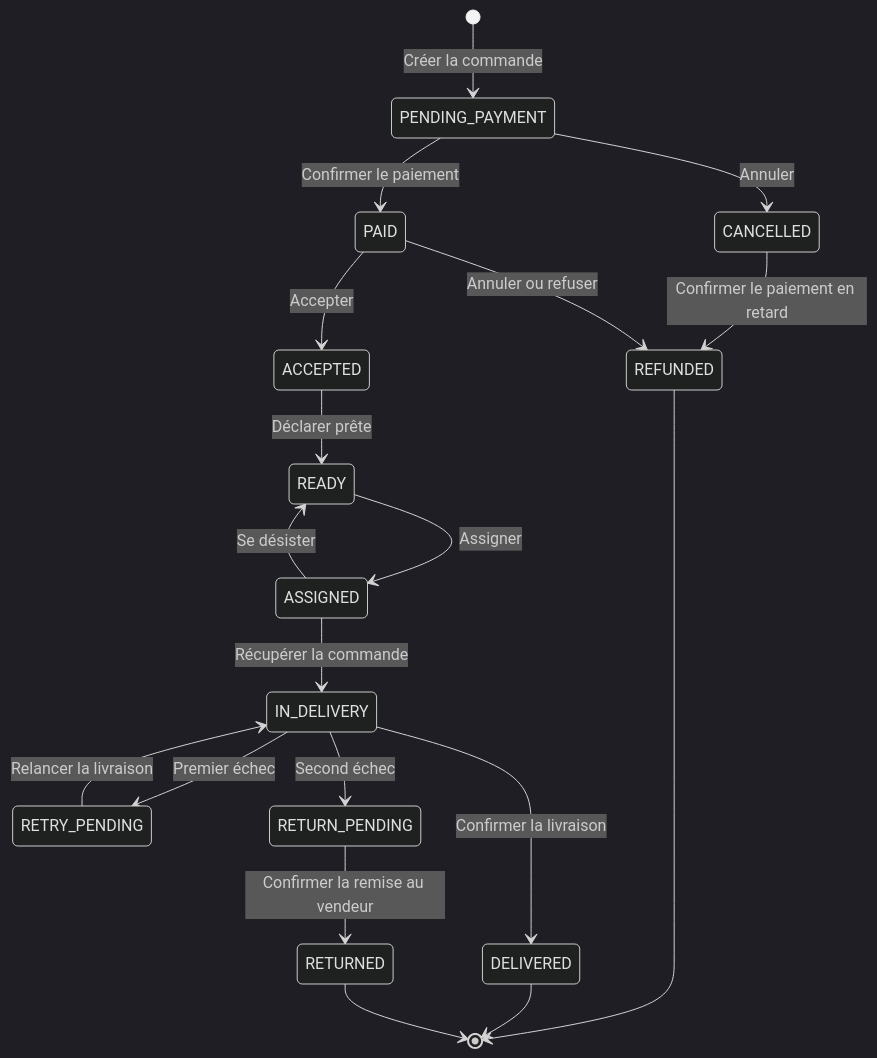
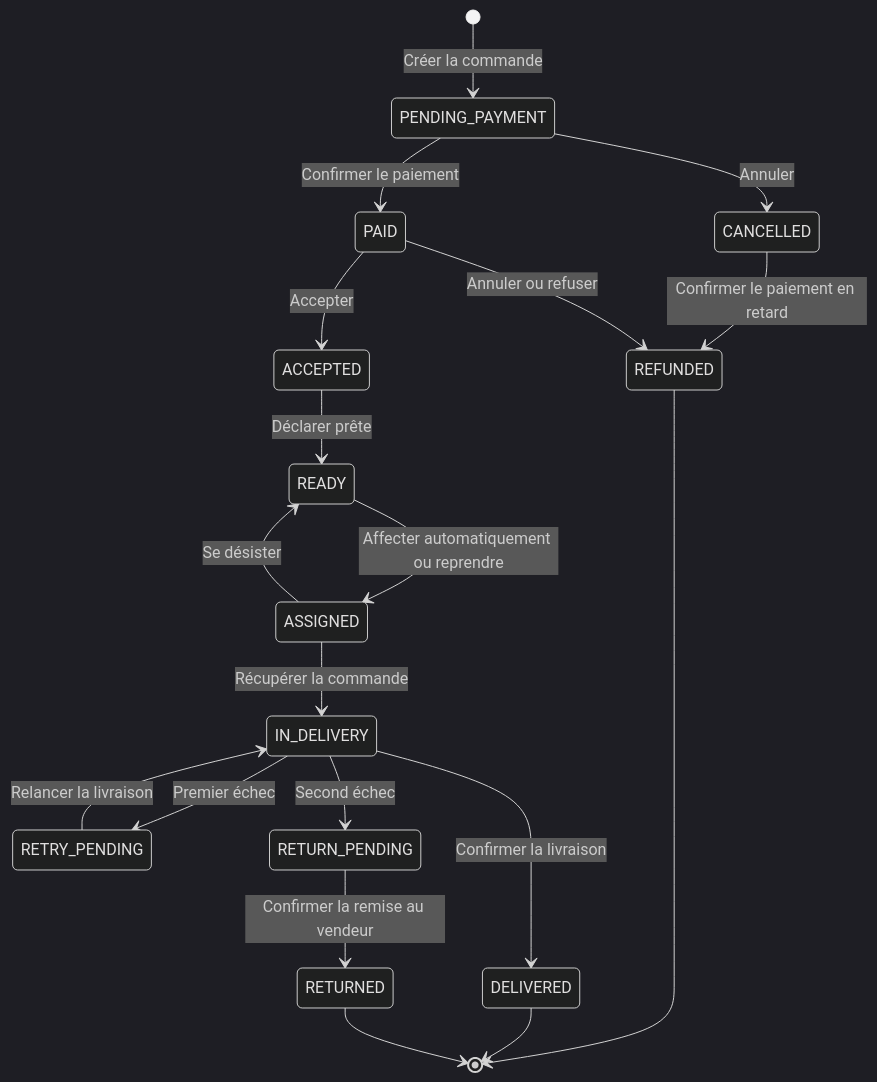
One commit to Soultone-hub/market-place- changed the diagram in DESIGN.md. Above: the diagram before and after it, drawn with Mermaid (dark theme). The commit also changed other lines of this file and 1 other file, not shown here.

````diff
--- a/DESIGN.md
+++ b/DESIGN.md
@@ -64,21 +67,21 @@
 ```mermaid
 stateDiagram-v2
     [*] --> PENDING_PAYMENT : Créer la commande
     PENDING_PAYMENT --> PAID : Confirmer le paiement
     PENDING_PAYMENT --> CANCELLED : Annuler
     CANCELLED --> REFUNDED : Confirmer le paiement en retard
     PAID --> REFUNDED : Annuler ou refuser
     PAID --> ACCEPTED : Accepter
     ACCEPTED --> READY : Déclarer prête
-    READY --> ASSIGNED : Assigner
+    READY --> ASSIGNED : Affecter automatiquement ou reprendre
     ASSIGNED --> READY : Se désister
     ASSIGNED --> IN_DELIVERY : Récupérer la commande
     IN_DELIVERY --> DELIVERED : Confirmer la livraison
     IN_DELIVERY --> RETRY_PENDING : Premier échec
     RETRY_PENDING --> IN_DELIVERY : Relancer la livraison
     IN_DELIVERY --> RETURN_PENDING : Second échec
     RETURN_PENDING --> RETURNED : Confirmer la remise au vendeur
     REFUNDED --> [*]
     DELIVERED --> [*]
     RETURNED --> [*]
 ```
````
